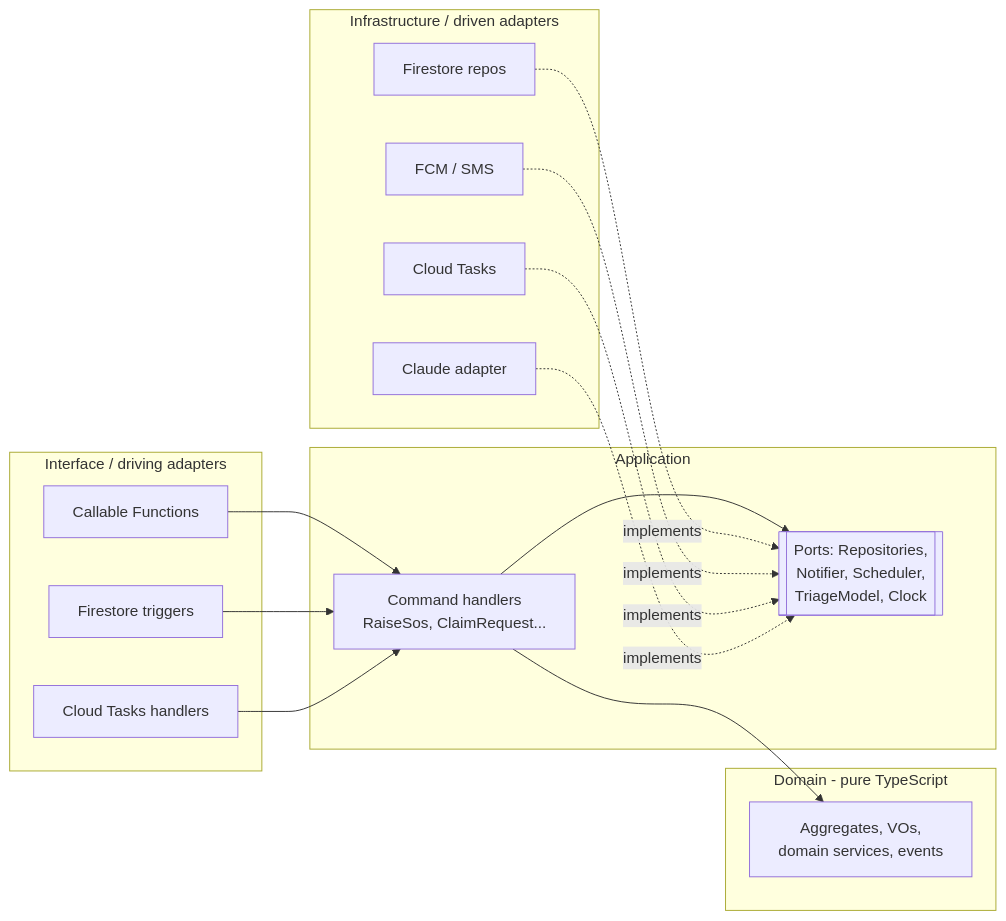
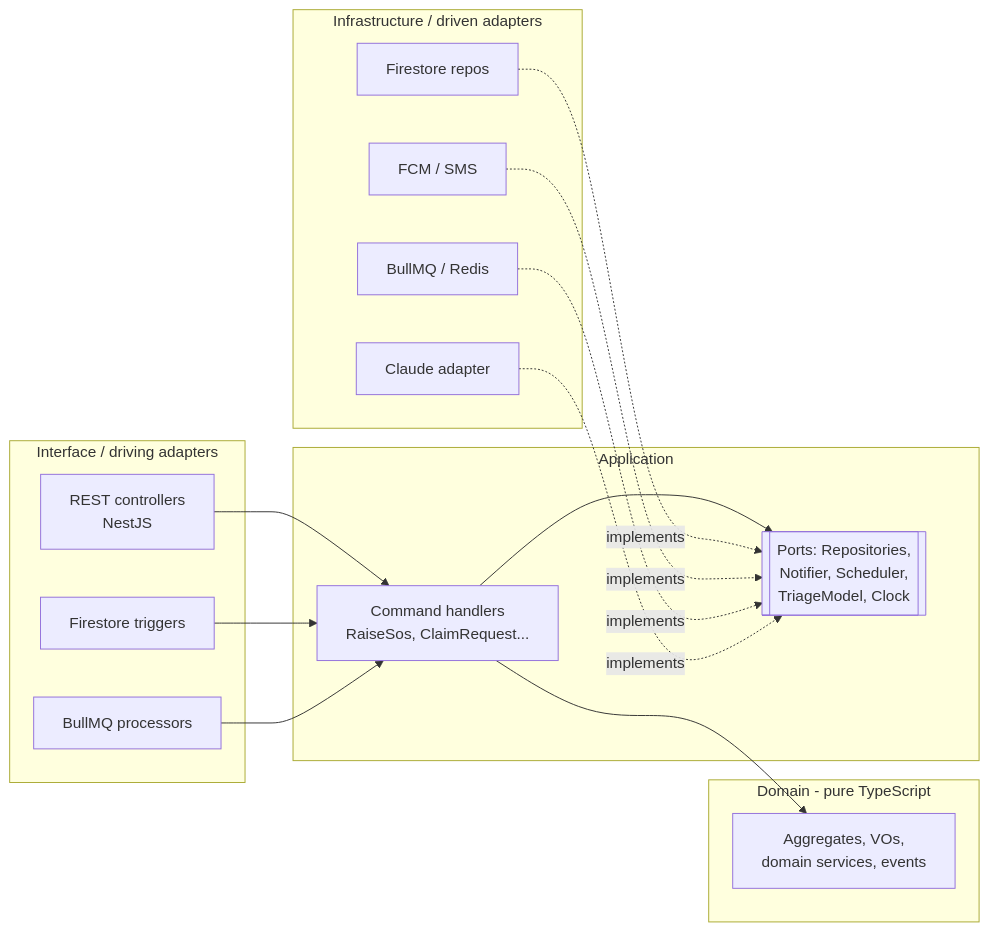
Before and after one commit to dunguyen-311201/graduation-project: the third of 3 diagrams in docs/02-domain/domain-model.md, drawn with Mermaid. The commit also changed other lines of this file and 14 other files, not shown here.

First line of the commit message:
docs: ADR-0013 keep Firestore; align HLD/LLD/roadmap with NestJS API

````diff
--- a/docs/02-domain/domain-model.md
+++ b/docs/02-domain/domain-model.md
@@ -221,30 +221,30 @@
 ```mermaid
 flowchart LR
   subgraph Interface[Interface / driving adapters]
-    CALL[Callable Functions]
+    CALL[REST controllers<br/>NestJS]
     TRG[Firestore triggers]
-    TASK[Cloud Tasks handlers]
+    TASK[BullMQ processors]
   end
   subgraph App[Application]
     CMD[Command handlers<br/>RaiseSos, ClaimRequest...]
     PORTS[[Ports: Repositories,<br/>Notifier, Scheduler,<br/>TriageModel, Clock]]
   end
   subgraph Domain[Domain - pure TypeScript]
     AGG[Aggregates, VOs,<br/>domain services, events]
   end
   subgraph Infra[Infrastructure / driven adapters]
     FS[Firestore repos]
     FCMA[FCM / SMS]
-    CT[Cloud Tasks]
+    CT[BullMQ / Redis]
     CL[Claude adapter]
   end
   CALL --> CMD
   TRG --> CMD
   TASK --> CMD
   CMD --> AGG
   CMD --> PORTS
   FS -.implements.-> PORTS
   FCMA -.implements.-> PORTS
   CT -.implements.-> PORTS
   CL -.implements.-> PORTS
 ```
````
